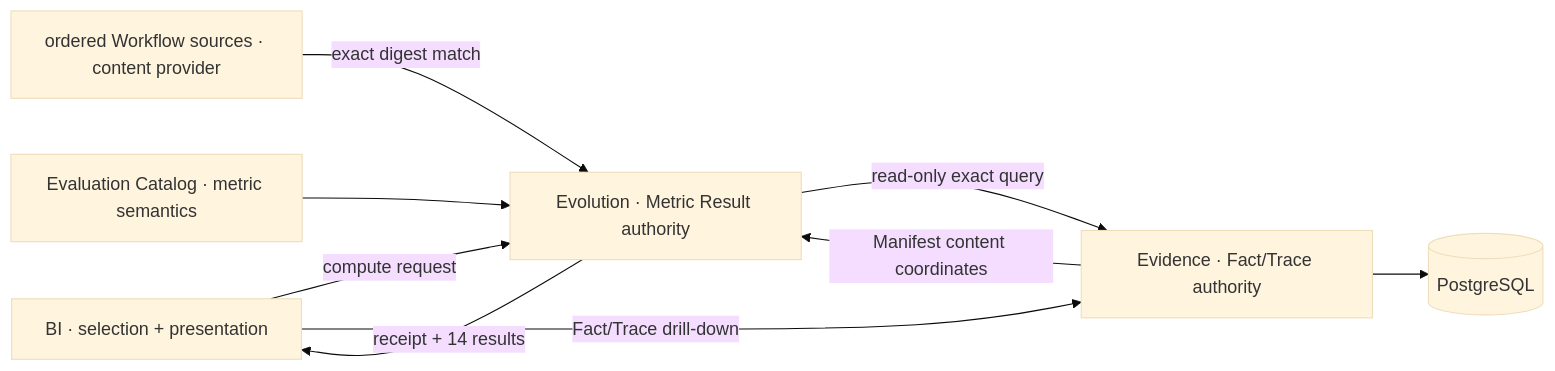
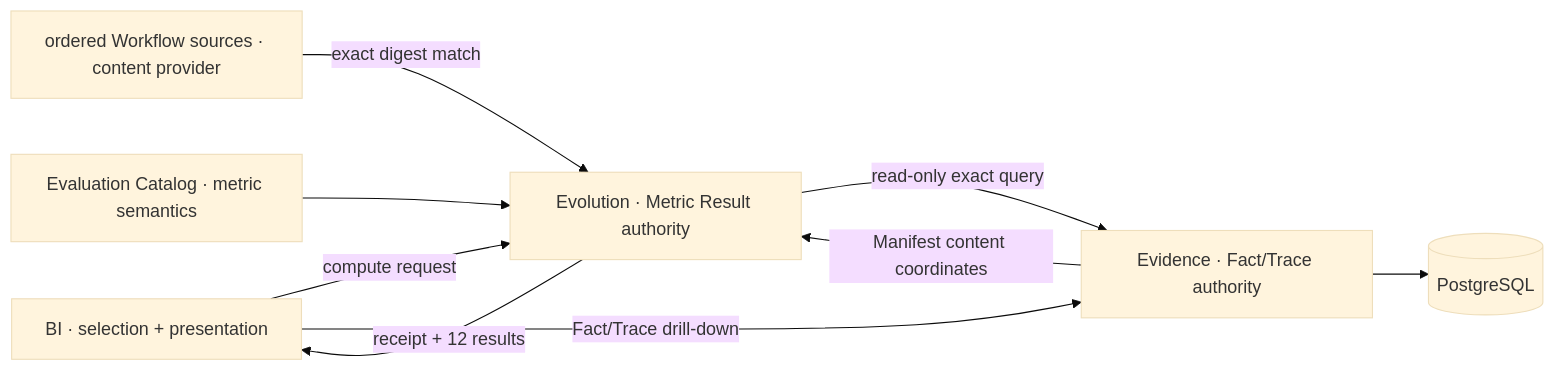
One commit to firestige/workflow-self-recursive changed the first of 2 diagrams in docs/systems/evolution/evolution-system.md. Above: the diagram before and after it, drawn with Mermaid (base theme). The commit also changed other lines of this file and 11 other files, not shown here.

````diff
--- a/docs/systems/evolution/evolution-system.md
+++ b/docs/systems/evolution/evolution-system.md
@@ -15,11 +15,11 @@
 ```mermaid
 flowchart LR
     BI["BI · selection + presentation"] -->|"compute request"| EVO["Evolution · Metric Result authority"]
     EVO -->|"read-only exact query"| EVID["Evidence · Fact/Trace authority"]
     EVID --> PG[(PostgreSQL)]
     EVID -->|"Manifest content coordinates"| EVO
     SRC["ordered Workflow sources · content provider"] -->|"exact digest match"| EVO
     CAT["Evaluation Catalog · metric semantics"] --> EVO
-    EVO -->|"receipt + 14 results"| BI
+    EVO -->|"receipt + 12 results"| BI
     BI -->|"Fact/Trace drill-down"| EVID
 ```
````
